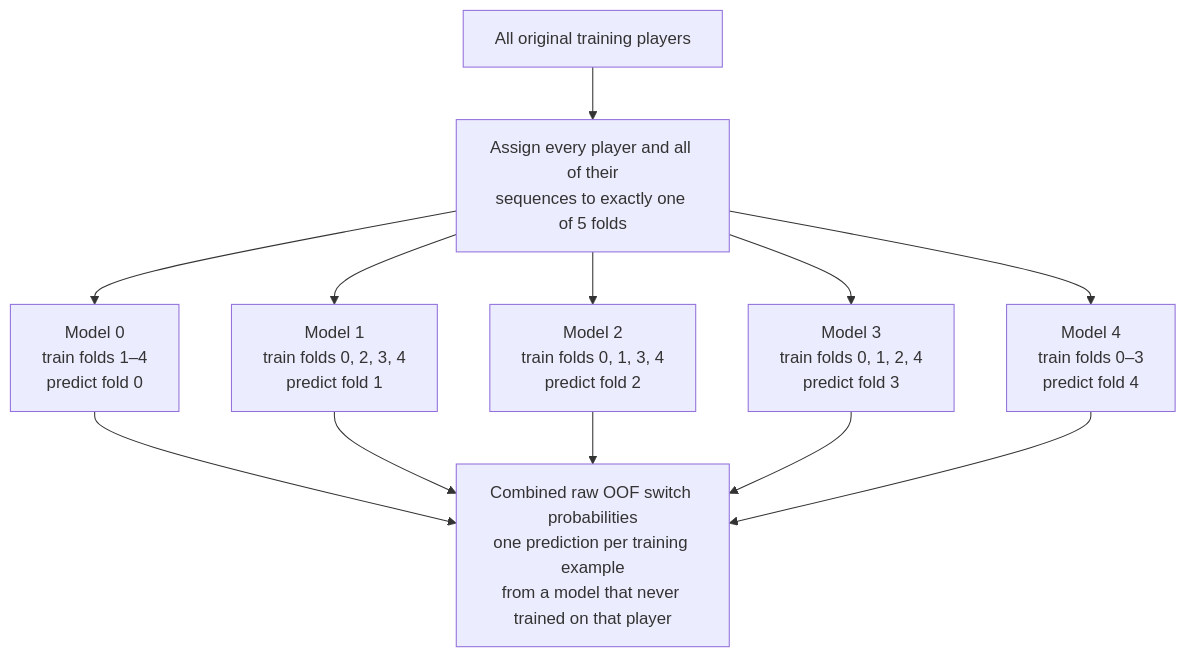
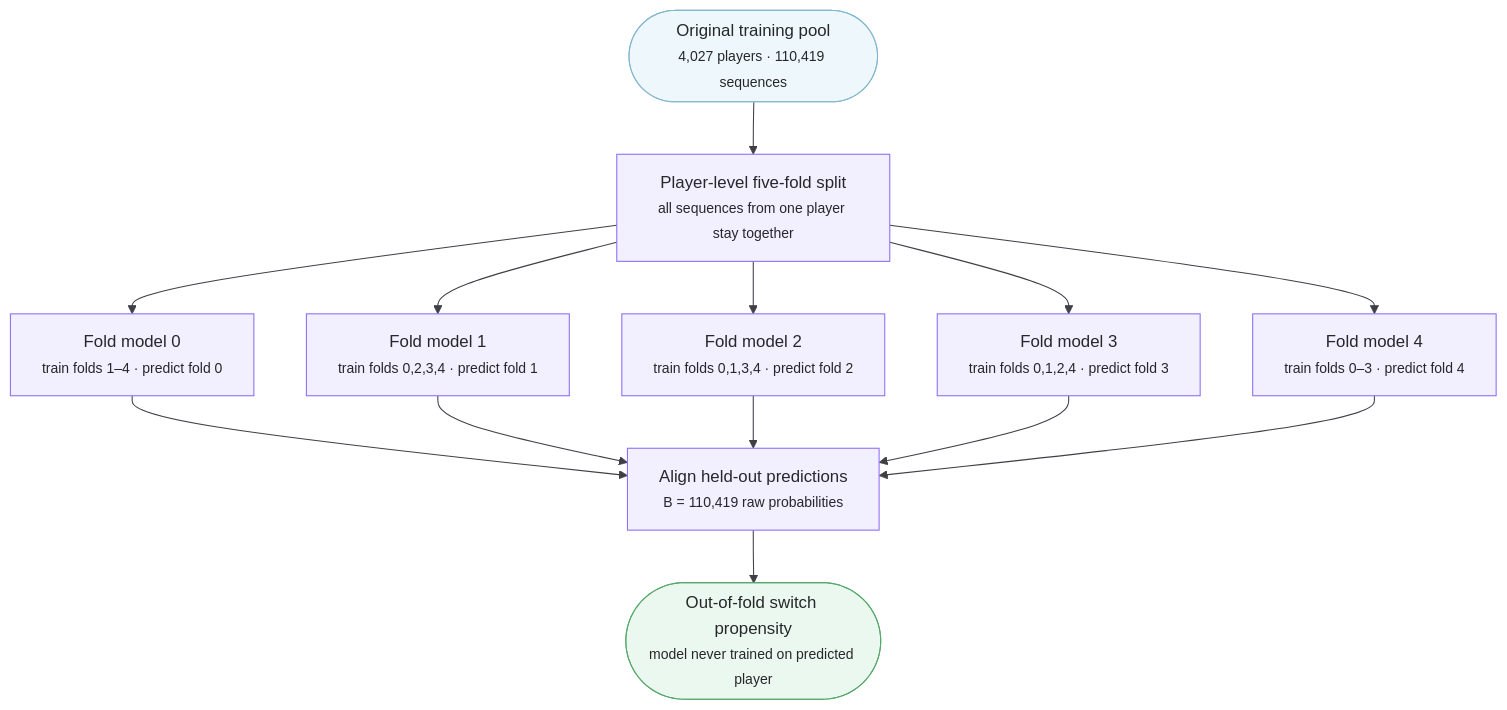
Before and after one commit to jfbami/clash2: the second of 3 diagrams in ARCHITECTURE.md, drawn with Mermaid. The commit also changed other lines of this file and 3 other files, not shown here.

Commit message:
Refine Mermaid architecture diagrams

````diff
--- a/ARCHITECTURE.md
+++ b/ARCHITECTURE.md
@@ -59,23 +96,36 @@
 ```mermaid
+%%{init: {"theme":"base","flowchart":{"htmlLabels":true,"curve":"basis"},"themeVariables":{"fontFamily":"monospace","lineColor":"#3f3f46","primaryTextColor":"#27272a"}}}%%
 flowchart TB
-    players["All original training players"]
-    split["Assign every player and all of their<br/>sequences to exactly one of 5 folds"]
-    f0["Model 0<br/>train folds 1–4<br/>predict fold 0"]
-    f1["Model 1<br/>train folds 0, 2, 3, 4<br/>predict fold 1"]
-    f2["Model 2<br/>train folds 0, 1, 3, 4<br/>predict fold 2"]
-    f3["Model 3<br/>train folds 0, 1, 2, 4<br/>predict fold 3"]
-    f4["Model 4<br/>train folds 0–3<br/>predict fold 4"]
-    oof["Combined raw OOF switch probabilities<br/>one prediction per training example<br/>from a model that never trained on that player"]
+    players(["Original training pool<br/><small>4,027 players · 110,419 sequences</small>"])
+    folds["Player-level five-fold split<br/><small>all sequences from one player stay together</small>"]
 
-    players --> split
-    split --> f0
-    split --> f1
-    split --> f2
-    split --> f3
-    split --> f4
-    f0 --> oof
-    f1 --> oof
-    f2 --> oof
-    f3 --> oof
-    f4 --> oof
+    m0["Fold model 0<br/><small>train folds 1–4 · predict fold 0</small>"]
+    m1["Fold model 1<br/><small>train folds 0,2,3,4 · predict fold 1</small>"]
+    m2["Fold model 2<br/><small>train folds 0,1,3,4 · predict fold 2</small>"]
+    m3["Fold model 3<br/><small>train folds 0,1,2,4 · predict fold 3</small>"]
+    m4["Fold model 4<br/><small>train folds 0–3 · predict fold 4</small>"]
+
+    merge["Align held-out predictions<br/><small>B = 110,419 raw probabilities</small>"]
+    oof(["Out-of-fold switch propensity<br/><small>model never trained on predicted player</small>"])
+
+    players --> folds
+    folds --> m0
+    folds --> m1
+    folds --> m2
+    folds --> m3
+    folds --> m4
+    m0 --> merge
+    m1 --> merge
+    m2 --> merge
+    m3 --> merge
+    m4 --> merge
+    merge --> oof
+
+    classDef source fill:#eef8fc,stroke:#83b7cc,color:#27272a,stroke-width:1px;
+    classDef operation fill:#f2efff,stroke:#8b6cf6,color:#27272a,stroke-width:1px;
+    classDef output fill:#ebf8ef,stroke:#56a86c,color:#27272a,stroke-width:1px;
+
+    class players source;
+    class folds,m0,m1,m2,m3,m4,merge operation;
+    class oof output;
 ```
````
